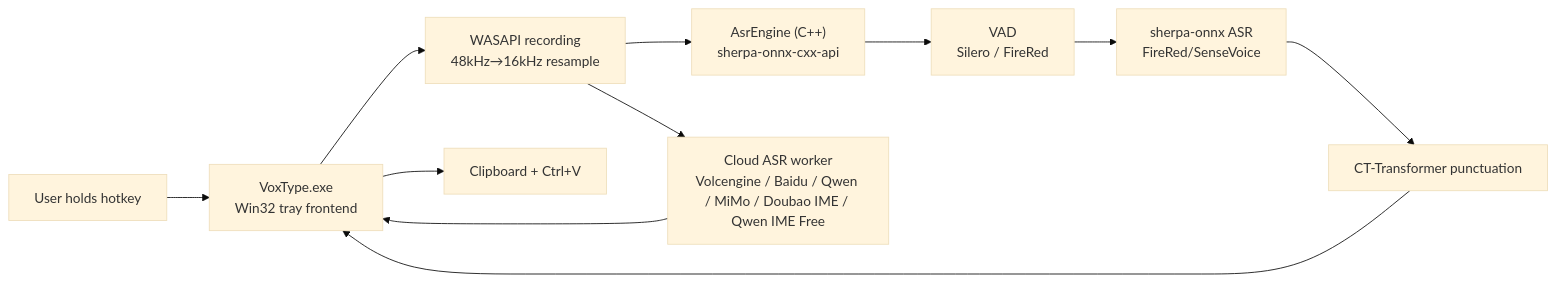
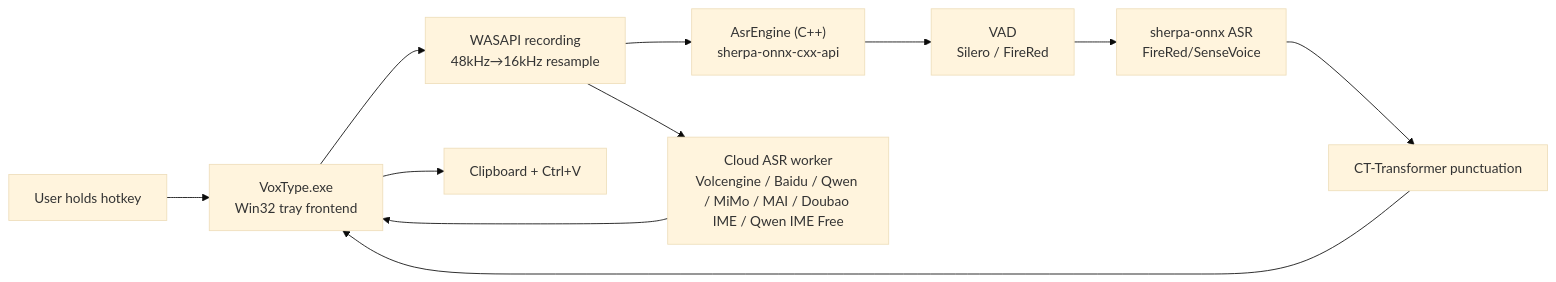
The first of 2 diagrams in ARCHITECTURE.md (melody0709/Voice_LLM_ASR_Input), drawn with Mermaid (base theme) before and after one commit. The commit also changed other lines of this file and 21 other files, not shown here.

First line of the commit message:
feat: add Microsoft MAI Transcribe 2 ASR backend

````diff
--- a/ARCHITECTURE.md
+++ b/ARCHITECTURE.md
@@ -9,13 +9,13 @@
 ```mermaid
 flowchart LR
     User["User holds hotkey"] --> Frontend["VoxType.exe<br/>Win32 tray frontend"]
     Frontend --> Recorder["WASAPI recording<br/>48kHz→16kHz resample"]
     Recorder --> Engine["AsrEngine (C++)<br/>sherpa-onnx-cxx-api"]
-    Recorder --> Cloud["Cloud ASR worker<br/>Volcengine / Baidu / Qwen / MiMo / Doubao IME / Qwen IME Free"]
+    Recorder --> Cloud["Cloud ASR worker<br/>Volcengine / Baidu / Qwen / MiMo / MAI / Doubao IME / Qwen IME Free"]
     Engine --> VAD["VAD<br/>Silero / FireRed"]
     VAD --> ASR["sherpa-onnx ASR<br/>FireRed/SenseVoice"]
     ASR --> Punct["CT-Transformer punctuation"]
     Punct --> Frontend
     Cloud --> Frontend
     Frontend --> Inject["Clipboard + Ctrl+V"]
 ```
````
